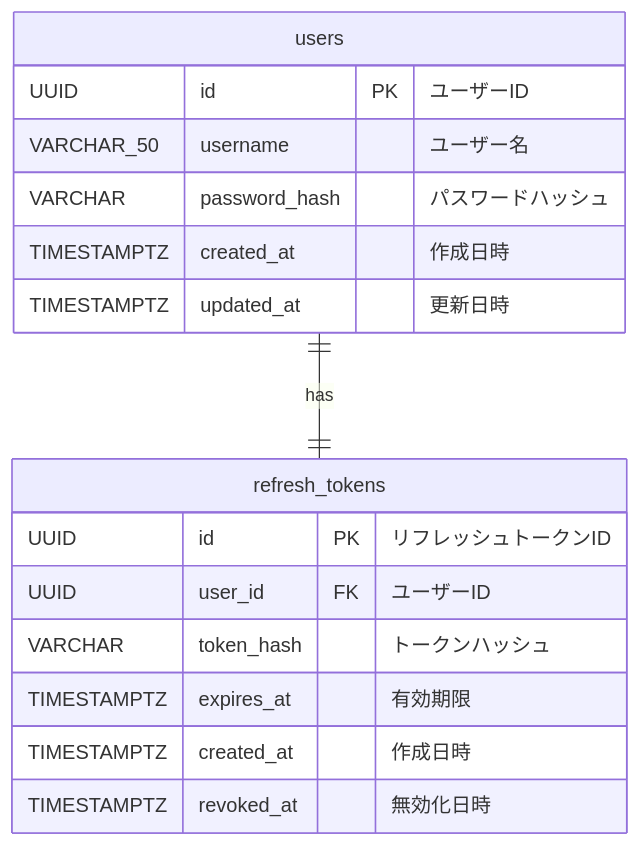
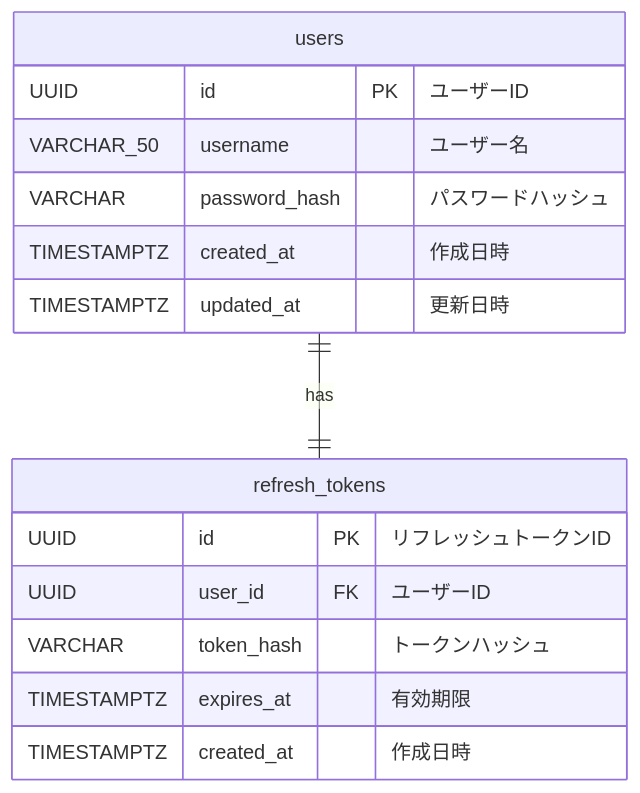
One commit to Nahaq789/pob changed the diagram in docs/er/user.md. Above: the diagram before and after it, drawn with Mermaid. The commit also changed 1 other file, not shown here.

````diff
--- a/docs/er/user.md
+++ b/docs/er/user.md
@@ -1,22 +1,21 @@
 ```mermaid
 erDiagram
     users {
         UUID id PK "ユーザーID"
         VARCHAR_50 username "ユーザー名"
         VARCHAR password_hash "パスワードハッシュ"
         TIMESTAMPTZ created_at "作成日時"
         TIMESTAMPTZ updated_at "更新日時"
     }
 
     refresh_tokens {
         UUID id PK "リフレッシュトークンID"
         UUID user_id FK "ユーザーID"
         VARCHAR token_hash "トークンハッシュ"
         TIMESTAMPTZ expires_at "有効期限"
         TIMESTAMPTZ created_at "作成日時"
-        TIMESTAMPTZ revoked_at "無効化日時"
     }
 
     users ||--|| refresh_tokens : "has"
 
 ```
````
